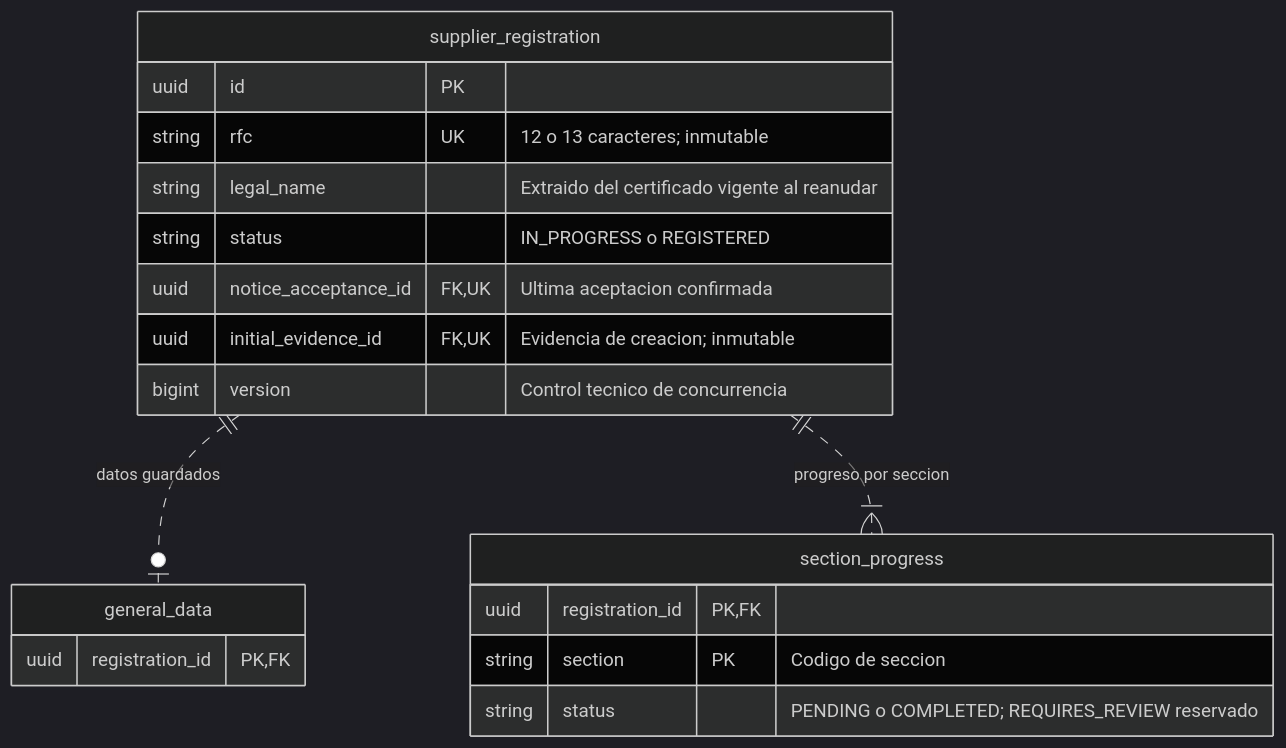
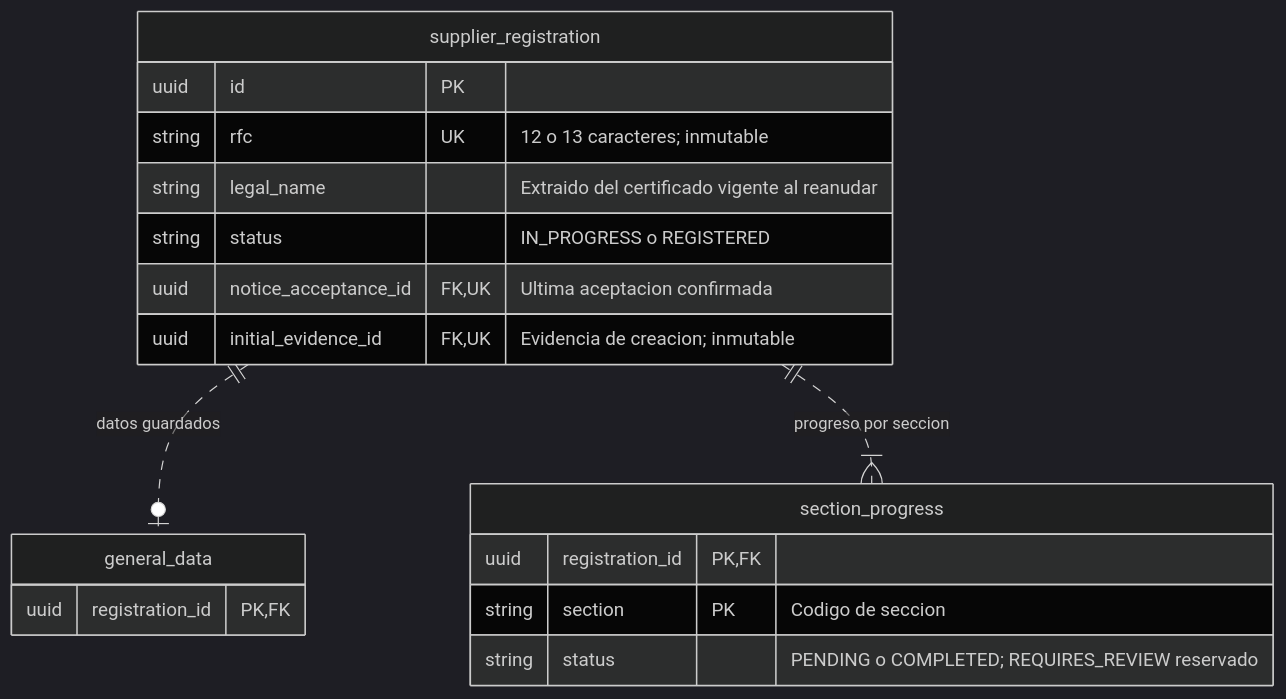
One commit to fredkor/ai-ssd-registro-proveedores changed the first of 5 diagrams in specs/architecture/registration-database-design.md. Above: the diagram before and after it, drawn with Mermaid (dark theme). The commit also changed other lines of this file and 12 other files, not shown here.

````diff
--- a/specs/architecture/registration-database-design.md
+++ b/specs/architecture/registration-database-design.md
@@ -16,22 +18,21 @@
 ```mermaid
 erDiagram
     supplierRegistration["supplier_registration"] {
         uuid id PK
         string rfc UK "12 o 13 caracteres; inmutable"
         string legal_name "Extraido del certificado vigente al reanudar"
         string status "IN_PROGRESS o REGISTERED"
         uuid notice_acceptance_id FK,UK "Ultima aceptacion confirmada"
         uuid initial_evidence_id FK,UK "Evidencia de creacion; inmutable"
-        bigint version "Control tecnico de concurrencia"
     }
     generalData["general_data"] {
         uuid registration_id PK,FK
     }
     sectionProgress["section_progress"] {
         uuid registration_id PK,FK
         string section PK "Codigo de seccion"
         string status "PENDING o COMPLETED; REQUIRES_REVIEW reservado"
     }
     supplierRegistration ||..o| generalData : "datos guardados"
     supplierRegistration ||..|{ sectionProgress : "progreso por seccion"
 ```
````
